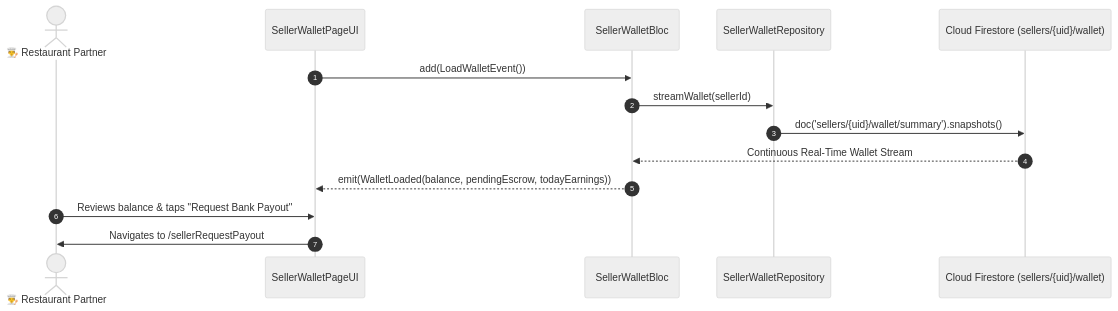
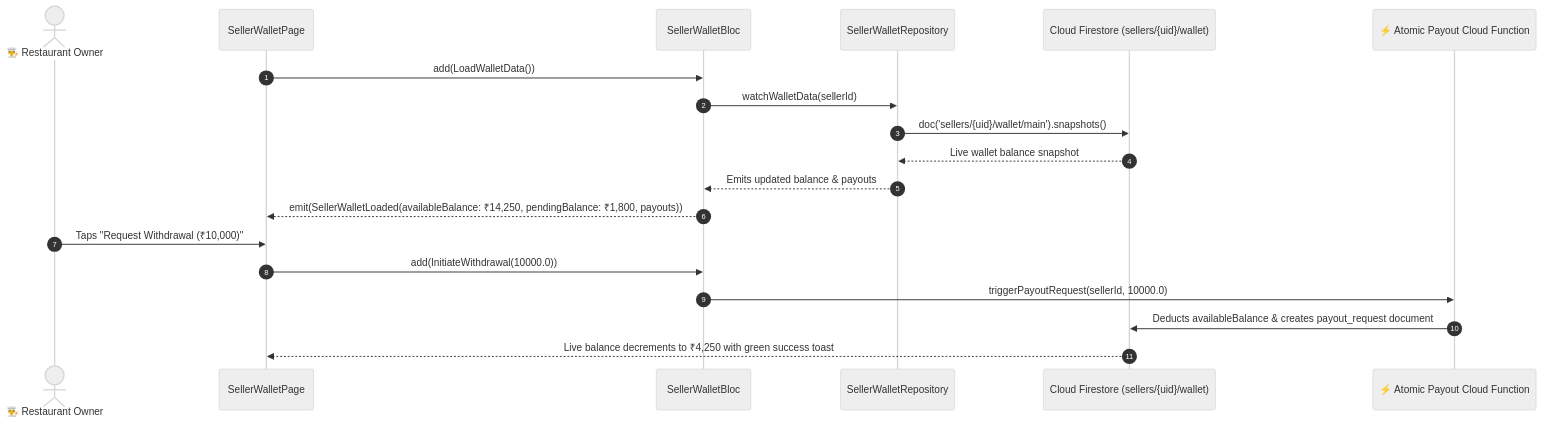
Before and after one commit to SRIKUMAR10/food_delivery_app: the diagram in .md_files/04_Seller_Human_Journey_And_Testing/07_Finance_Payouts_Analytics_And_Settings/24_SELLER_WALLET_PAGE.md, drawn with Mermaid (neutral theme). The commit also changed other lines of this file and 204 other files, not shown here.

````diff
--- a/.md_files/04_Seller_Human_Journey_And_Testing/07_Finance_Payouts_Analytics_And_Settings/24_SELLER_WALLET_PAGE.md
+++ b/.md_files/04_Seller_Human_Journey_And_Testing/07_Finance_Payouts_Analytics_And_Settings/24_SELLER_WALLET_PAGE.md
@@ -16,17 +18,22 @@
 ```mermaid
 sequenceDiagram
     autonumber
-    actor Seller as 👨‍🍳 Restaurant Partner
-    participant UI as SellerWalletPageUI
+    actor Seller as 👨‍🍳 Restaurant Owner
+    participant UI as SellerWalletPage
     participant Bloc as SellerWalletBloc
     participant Repo as SellerWalletRepository
     participant FS as Cloud Firestore (sellers/{uid}/wallet)
+    participant CloudFn as ⚡ Atomic Payout Cloud Function
 
-    UI->>Bloc: add(LoadWalletEvent())
-    Bloc->>Repo: streamWallet(sellerId)
-    Repo->>FS: doc('sellers/{uid}/wallet/summary').snapshots()
-    FS-->>Bloc: Continuous Real-Time Wallet Stream
-    Bloc-->>UI: emit(WalletLoaded(balance, pendingEscrow, todayEarnings))
-    Seller->>UI: Reviews balance & taps "Request Bank Payout"
-    UI->>Seller: Navigates to /sellerRequestPayout
+    UI->>Bloc: add(LoadWalletData())
+    Bloc->>Repo: watchWalletData(sellerId)
+    Repo->>FS: doc('sellers/{uid}/wallet/main').snapshots()
+    FS-->>Repo: Live wallet balance snapshot
+    Repo-->>Bloc: Emits updated balance & payouts
+    Bloc-->>UI: emit(SellerWalletLoaded(availableBalance: ₹14,250, pendingBalance: ₹1,800, payouts))
+    Seller->>UI: Taps "Request Withdrawal (₹10,000)"
+    UI->>Bloc: add(InitiateWithdrawal(10000.0))
+    Bloc->>CloudFn: triggerPayoutRequest(sellerId, 10000.0)
+    CloudFn->>FS: Deducts availableBalance & creates payout_request document
+    FS-->>UI: Live balance decrements to ₹4,250 with green success toast
 ```
````
